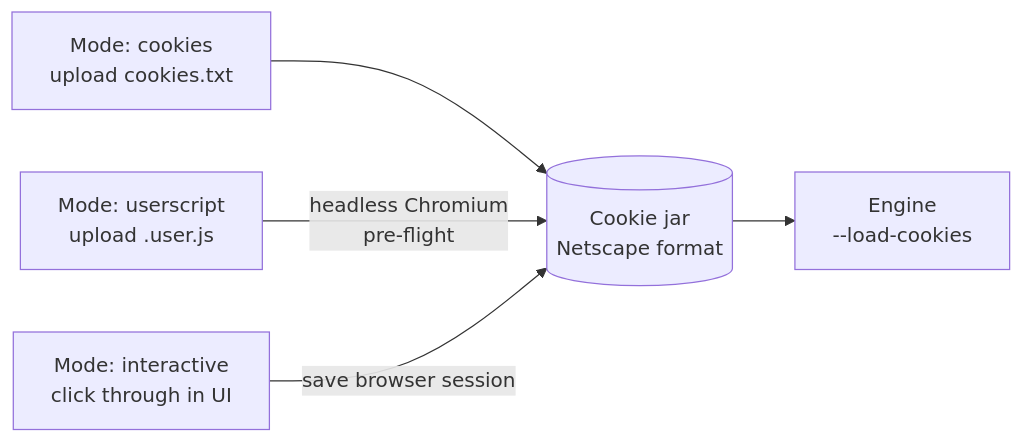
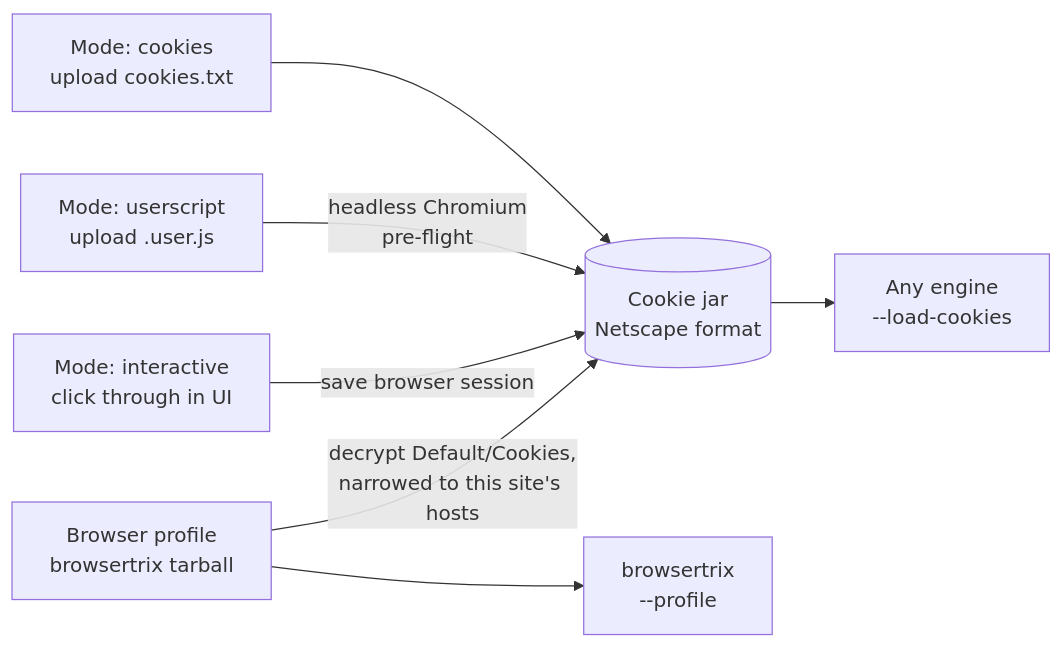
One commit to ThyMrMan/cairn changed the first of 2 diagrams in docs/06-access-profiles.md. Above: the diagram before and after it, drawn with Mermaid. The commit also changed other lines of this file and 8 other files, not shown here.

````diff
--- a/docs/06-access-profiles.md
+++ b/docs/06-access-profiles.md
@@ -13,7 +13,9 @@
 ```mermaid
 flowchart LR
     A["Mode: cookies<br/>upload cookies.txt"] --> J[("Cookie jar<br/>Netscape format")]
     B["Mode: userscript<br/>upload .user.js"] -->|"headless Chromium<br/>pre-flight"| J
     C["Mode: interactive<br/>click through in UI"] -->|"save browser session"| J
-    J --> W["Engine<br/>--load-cookies"]
+    D["Browser profile<br/>browsertrix tarball"] -->|"decrypt Default/Cookies,<br/>narrowed to this site's hosts"| J
+    D --> X["browsertrix<br/>--profile"]
+    J --> W["Any engine<br/>--load-cookies"]
 ```
````
